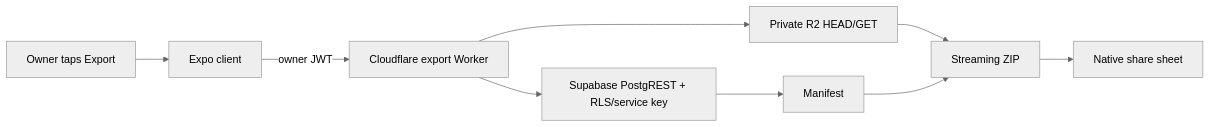
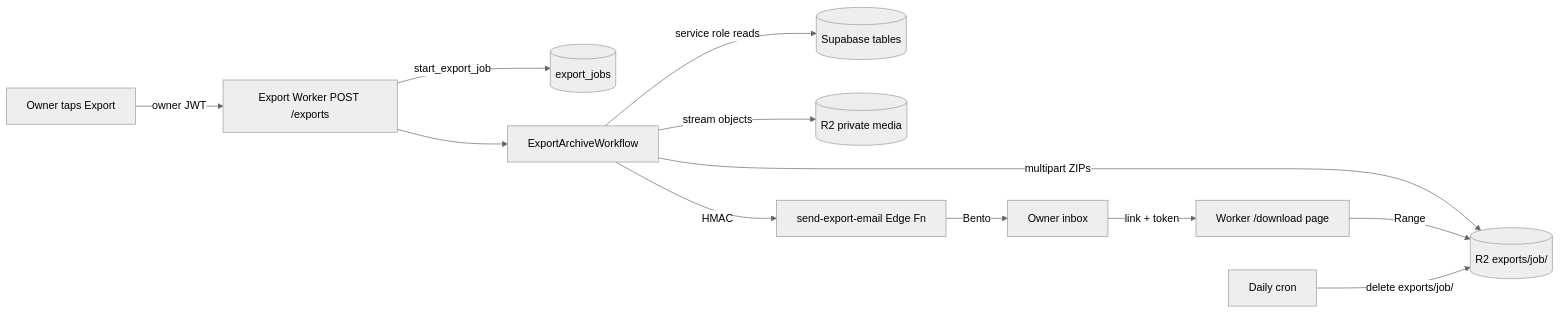
One commit to eduardoyi/newmomora changed the diagram in docs/features/data-export.md. Above: the diagram before and after it, drawn with Mermaid (neutral theme). The commit also changed other lines of this file and 39 other files, not shown here.

First line of the commit message:
Data export: background build, emailed 7-day download link

````diff
--- a/docs/features/data-export.md
+++ b/docs/features/data-export.md
@@ -30,11 +61,14 @@
 ```mermaid
 flowchart LR
-  A[Owner taps Export] --> B[Expo client]
-  B -->|owner JWT| C[Cloudflare export Worker]
-  C --> D[Supabase PostgREST + RLS/service key]
-  C --> E[Private R2 HEAD/GET]
-  D --> F[Manifest]
-  E --> G[Streaming ZIP]
-  F --> G
-  G --> H[Native share sheet]
+  A[Owner taps Export] -->|owner JWT| B[Export Worker POST /exports]
+  B -->|start_export_job| C[(export_jobs)]
+  B --> D[ExportArchiveWorkflow]
+  D -->|service role reads| E[(Supabase tables)]
+  D -->|stream objects| F[(R2 private media)]
+  D -->|multipart ZIPs| G[(R2 exports/job/)]
+  D -->|HMAC| H[send-export-email Edge Fn]
+  H -->|Bento| I[Owner inbox]
+  I -->|link + token| J[Worker /download page]
+  J -->|Range| G
+  K[Daily cron] -->|delete exports/job/| G
 ```
````
